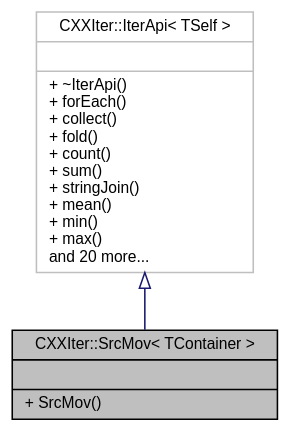
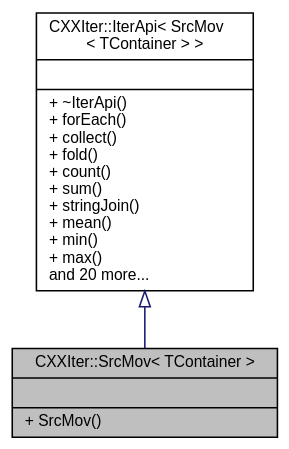
Before and after one commit to seijikun/CXXIter: the diagram in classCXXIter_1_1SrcMov__inherit__graph.dot, drawn with Graphviz. The commit also changed 114 other files, not shown here.

```diff
--- a/classCXXIter_1_1SrcMov__inherit__graph.dot
+++ b/classCXXIter_1_1SrcMov__inherit__graph.dot
@@ -1,11 +1,11 @@
 digraph "CXXIter::SrcMov&lt; TContainer &gt;"
 {
  // INTERACTIVE_SVG=YES
  // LATEX_PDF_SIZE
   bgcolor="transparent";
   edge [fontname="Helvetica",fontsize="10",labelfontname="Helvetica",labelfontsize="10"];
   node [fontname="Helvetica",fontsize="10",shape=record];
   Node1 [label="{CXXIter::SrcMov\< TContainer \>\n||+ SrcMov()\l}",height=0.2,width=0.4,color="black", fillcolor="grey75", style="filled", fontcolor="black",tooltip=" "];
   Node2 -> Node1 [dir="back",color="midnightblue",fontsize="10",style="solid",arrowtail="onormal",fontname="Helvetica"];
-  Node2 [label="{CXXIter::IterApi\< TSelf \>\n||+ ~IterApi()\l+ forEach()\l+ collect()\l+ fold()\l+ count()\l+ sum()\l+ stringJoin()\l+ mean()\l+ min()\l+ max()\land 20 more...\l}",height=0.2,width=0.4,color="grey75",tooltip=" "];
+  Node2 [label="{CXXIter::IterApi\< SrcMov\l\< TContainer \> \>\n||+ ~IterApi()\l+ forEach()\l+ collect()\l+ fold()\l+ count()\l+ sum()\l+ stringJoin()\l+ mean()\l+ min()\l+ max()\land 20 more...\l}",height=0.2,width=0.4,color="black",URL="$classCXXIter_1_1IterApi.html",tooltip=" "];
 }
```
